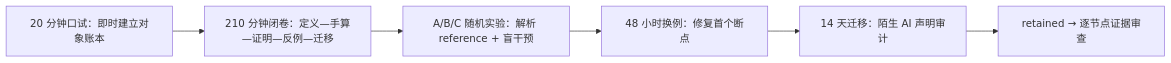
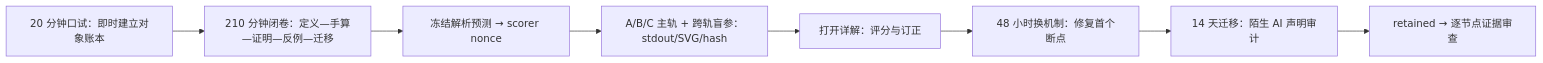
The second of 2 diagrams in 10-数学基础/10.10-几何、泛函分析、核与算子基础/几何、泛函分析、核与算子基础 MOC.md (atongbuxiang/ai-foundations-from-beginner-to-mastery), drawn with Mermaid before and after one commit. The commit also changed other lines of this file and 12 other files, not shown here.

````diff
--- a/10-数学基础/10.10-几何、泛函分析、核与算子基础/几何、泛函分析、核与算子基础 MOC.md
+++ b/10-数学基础/10.10-几何、泛函分析、核与算子基础/几何、泛函分析、核与算子基础 MOC.md
@@ -311,8 +311,10 @@
 ```mermaid
 flowchart LR
     O["20 分钟口试：即时建立对象账本"] --> W["210 分钟闭卷：定义—手算—证明—反例—迁移"]
-    W --> E["A/B/C 随机实验：解析 reference + 盲干预"]
-    E --> R48["48 小时换例：修复首个断点"]
+    W --> N["冻结解析预测 → scorer nonce"]
+    N --> E["A/B/C 主轨 + 跨轨盲参：stdout/SVG/hash"]
+    E --> C["打开详解：评分与订正"]
+    C --> R48["48 小时换机制：修复首个断点"]
     R48 --> R14["14 天迁移：陌生 AI 声明审计"]
     R14 --> V["retained → 逐节点证据审查"]
 ```
````
